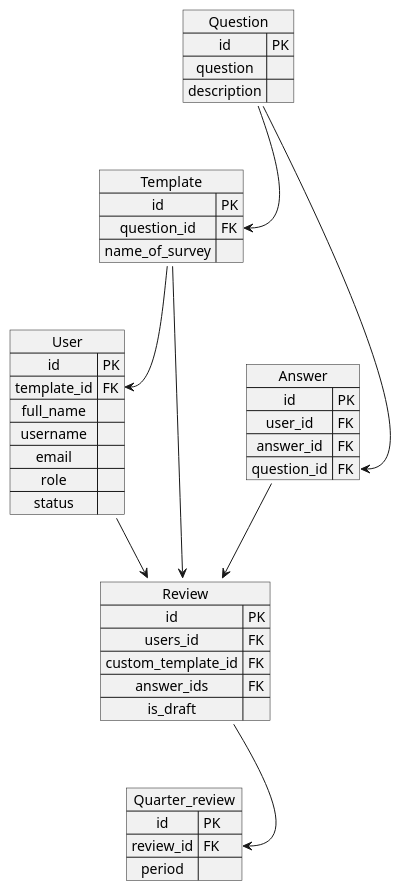
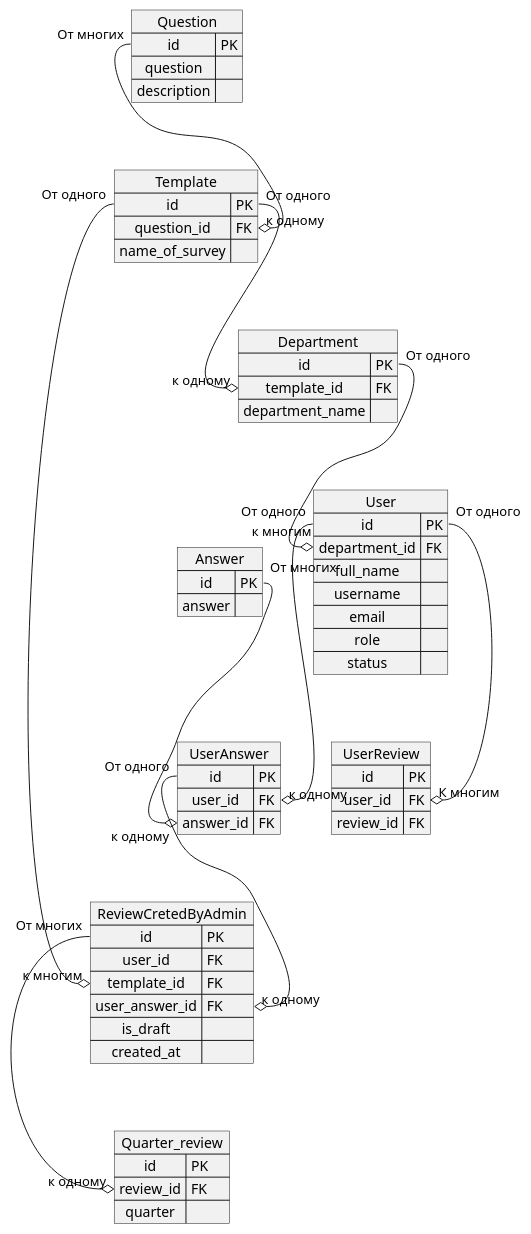
Before and after one commit to MuratovER/base_architecture: the diagram in models_plntuml.pu, drawn with PlantUML.

```diff
--- a/models_plntuml.pu
+++ b/models_plntuml.pu
@@ -1,56 +1,77 @@
 @startuml
 
 
 map Template {
     id => PK
     question_id => FK
     name_of_survey =>
 }
 
 map Question {
     id => PK
     question =>
     description =>
 }
 
 map User {
     id => PK
-    template_id => FK
+    department_id => FK
     full_name => 
     username =>
     email =>
     role =>
     status =>
 }
 
 map Answer{
     id => PK
-    user_id => FK 
-    answer_id => FK
-    question_id => FK
+    answer =>
 }
 
-map Review {
+map ReviewCretedByAdmin {
     id => PK
-    users_id => FK
-    custom_template_id => FK
-    answer_ids => FK 
+    user_id => FK
+    template_id => FK
+    user_answer_id => FK
     is_draft =>
+    created_at =>
 }
 
 map Quarter_review {
     id => PK
     review_id => FK
-    period =>
+    quarter =>
 }
 
-Template --> Review::template_id
-Question --> Template::question_id
-Question --> Answer::question_id
-Template --> User::template_id
-User --> Review::user_id
-Answer --> Review::answer_id
-Review --> Quarter_review::review_id
+map UserReview {
+    id => PK
+    user_id => FK
+    review_id => FK
+}
+
+map UserAnswer {
+    id => PK
+    user_id => FK
+    answer_id => FK
+
+}
+
+map Department {
+    id => PK
+    template_id => FK
+    department_name =>
+}
+
+User::id "От одного" --o "К многим" UserReview::user_id
+User::id "От одного" --o "к одному" UserAnswer::user_id
+Department::id "От одного" --o "к многим" User::department_id
+Template::id "От одного" --o "к одному" Department::template_id
+Template::id "От одного" --o "к многим" ReviewCretedByAdmin::template_id
+Question::id "От многих" --o "к одному" Template::question_id
+Answer::id "От многих" --o "к одному" UserAnswer::answer_id
+UserAnswer::id "От одного" --o "к одному" ReviewCretedByAdmin::user_answer_id
+ReviewCretedByAdmin::id "От многих" --o "к одному" Quarter_review::review_id
+
 
 
 @enduml
```
